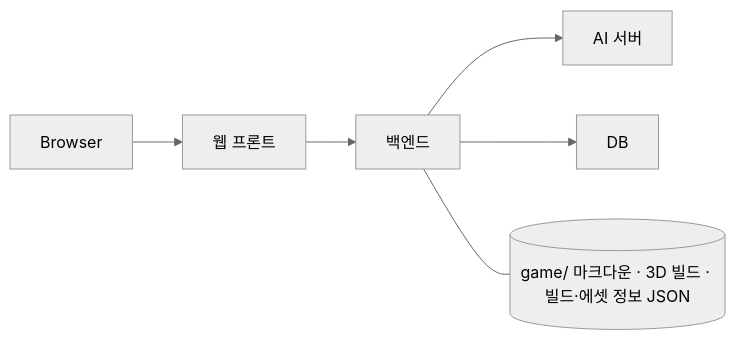
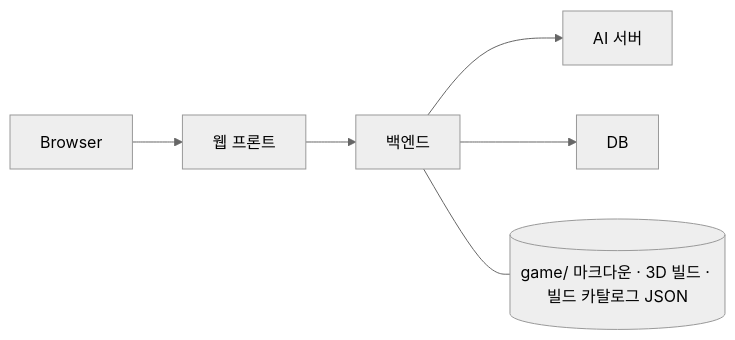
The diagram in docs/development/02-architecture.md (BBossAndChildren/base-repo), drawn with Mermaid (neutral theme) before and after one commit. The commit also changed other lines of this file and 7 other files, not shown here.

````diff
--- a/docs/development/02-architecture.md
+++ b/docs/development/02-architecture.md
@@ -36,6 +36,6 @@
 ```mermaid
 flowchart LR
   Browser --> FE[웹 프론트] --> BE[백엔드] --> AI[AI 서버]
   BE --> DB
-  BE --- Content[(game/ 마크다운 · 3D 빌드 · 빌드·에셋 정보 JSON)]
+  BE --- Content[(game/ 마크다운 · 3D 빌드 · 빌드 카탈로그 JSON)]
 ```
````
